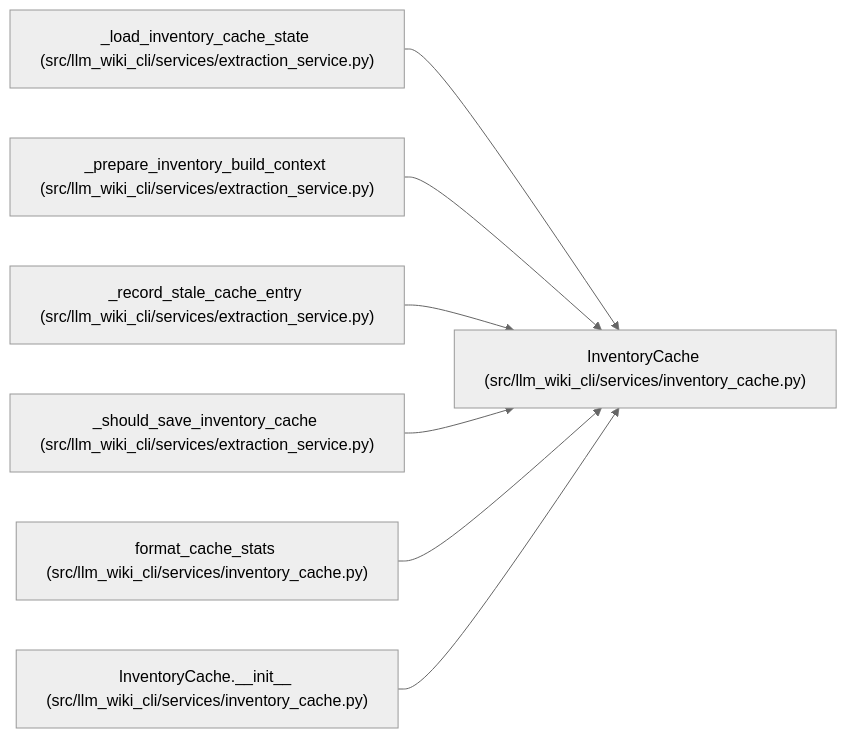
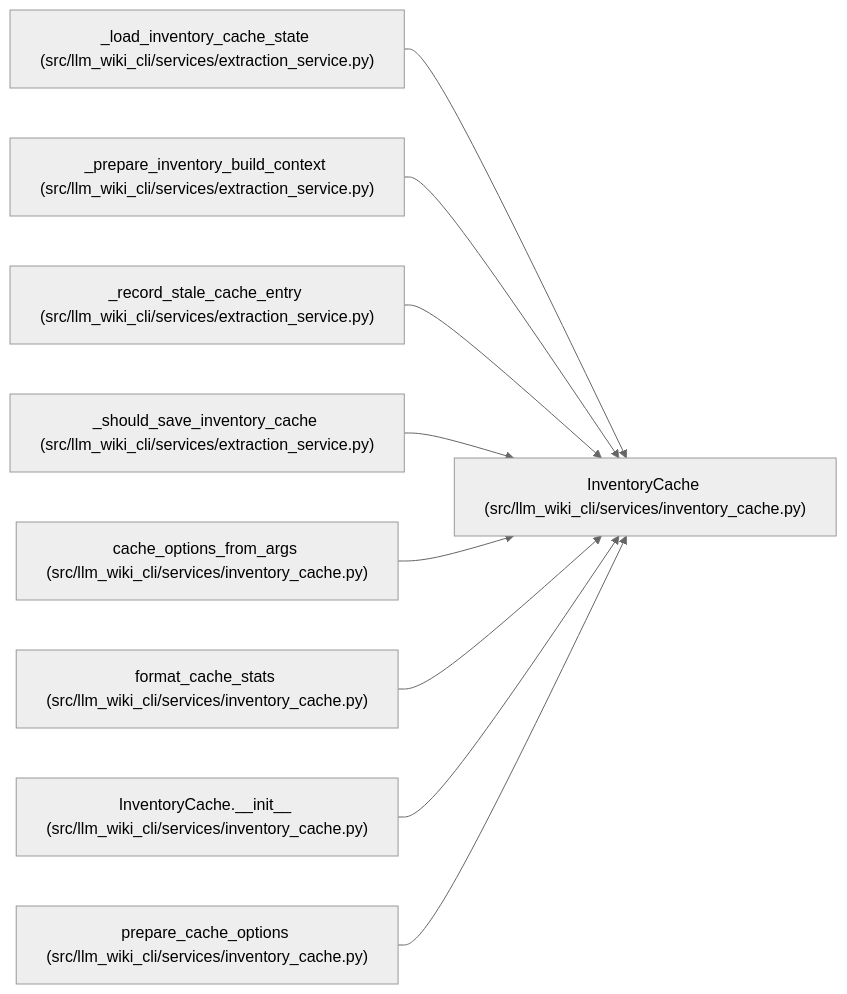
One commit to Denissvgn/python-wiki-llm changed the diagram in docs/llm_wiki/entities/InventoryCache.md. Above: the diagram before and after it, drawn with Mermaid (neutral theme). The commit also changed other lines of this file and 240 other files, not shown here.

````diff
--- a/docs/llm_wiki/entities/InventoryCache.md
+++ b/docs/llm_wiki/entities/InventoryCache.md
@@ -29,23 +29,29 @@
 ```mermaid
 flowchart LR
     n0["InventoryCache (src/llm_wiki_cli/services/inventory_cache.py)"]
     n1["_load_inventory_cache_state (src/llm_wiki_cli/services/extraction_service.py)"]
     n2["_prepare_inventory_build_context (src/llm_wiki_cli/services/extraction_service.py)"]
     n3["_record_stale_cache_entry (src/llm_wiki_cli/services/extraction_service.py)"]
     n4["_should_save_inventory_cache (src/llm_wiki_cli/services/extraction_service.py)"]
-    n5["format_cache_stats (src/llm_wiki_cli/services/inventory_cache.py)"]
-    n6["InventoryCache.__init__ (src/llm_wiki_cli/services/inventory_cache.py)"]
+    n5["cache_options_from_args (src/llm_wiki_cli/services/inventory_cache.py)"]
+    n6["format_cache_stats (src/llm_wiki_cli/services/inventory_cache.py)"]
+    n7["InventoryCache.__init__ (src/llm_wiki_cli/services/inventory_cache.py)"]
+    n8["prepare_cache_options (src/llm_wiki_cli/services/inventory_cache.py)"]
     n1 --> n0
     n2 --> n0
     n3 --> n0
     n4 --> n0
     n5 --> n0
     n6 --> n0
+    n7 --> n0
+    n8 --> n0
     click n0 "../modules/inventory_cache.md"
     click n1 "../modules/extraction_service.md"
     click n2 "../modules/extraction_service.md"
     click n3 "../modules/extraction_service.md"
     click n4 "../modules/extraction_service.md"
     click n5 "../modules/inventory_cache.md"
     click n6 "../modules/inventory_cache.md"
+    click n7 "../modules/inventory_cache.md"
+    click n8 "../modules/inventory_cache.md"
 ```
````
